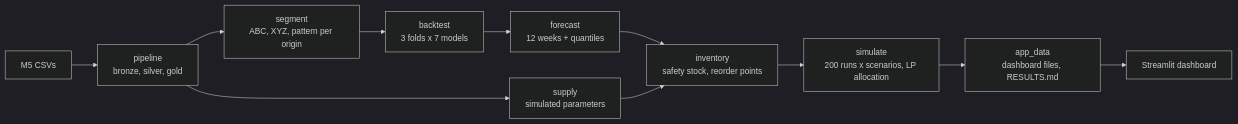
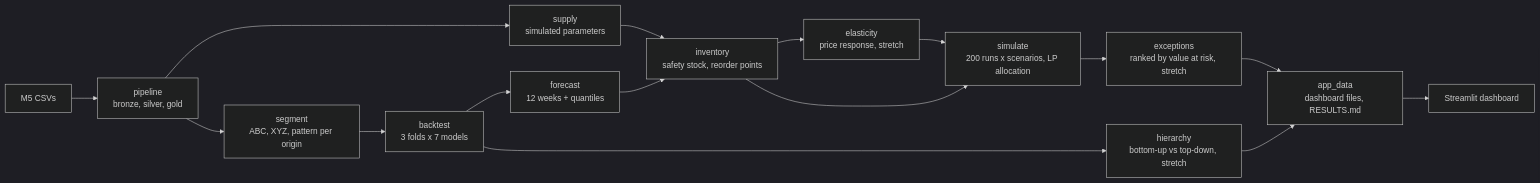
Before and after one commit to Shreyash-Thakur/retail-supply-planner: the diagram in README.md, drawn with Mermaid (dark theme). The commit also changed other lines of this file, not shown here.

Commit message:
Update README for the stretch stages

````diff
--- a/README.md
+++ b/README.md
@@ -11,13 +11,18 @@
 ```mermaid
 flowchart LR
     raw[M5 CSVs] --> pipeline[pipeline<br/>bronze, silver, gold]
     pipeline --> supply[supply<br/>simulated parameters]
     pipeline --> segment[segment<br/>ABC, XYZ, pattern per origin]
     segment --> backtest[backtest<br/>3 folds x 7 models]
     backtest --> forecast[forecast<br/>12 weeks + quantiles]
     forecast --> inventory[inventory<br/>safety stock, reorder points]
     supply --> inventory
-    inventory --> simulate[simulate<br/>200 runs x scenarios, LP allocation]
-    simulate --> app_data[app_data<br/>dashboard files, RESULTS.md]
+    inventory --> elasticity[elasticity<br/>price response, stretch]
+    elasticity --> simulate[simulate<br/>200 runs x scenarios, LP allocation]
+    inventory --> simulate
+    simulate --> exceptions[exceptions<br/>ranked by value at risk, stretch]
+    backtest --> hierarchy[hierarchy<br/>bottom-up vs top-down, stretch]
+    exceptions --> app_data[app_data<br/>dashboard files, RESULTS.md]
+    hierarchy --> app_data
     app_data --> app[Streamlit dashboard]
 ```
````
